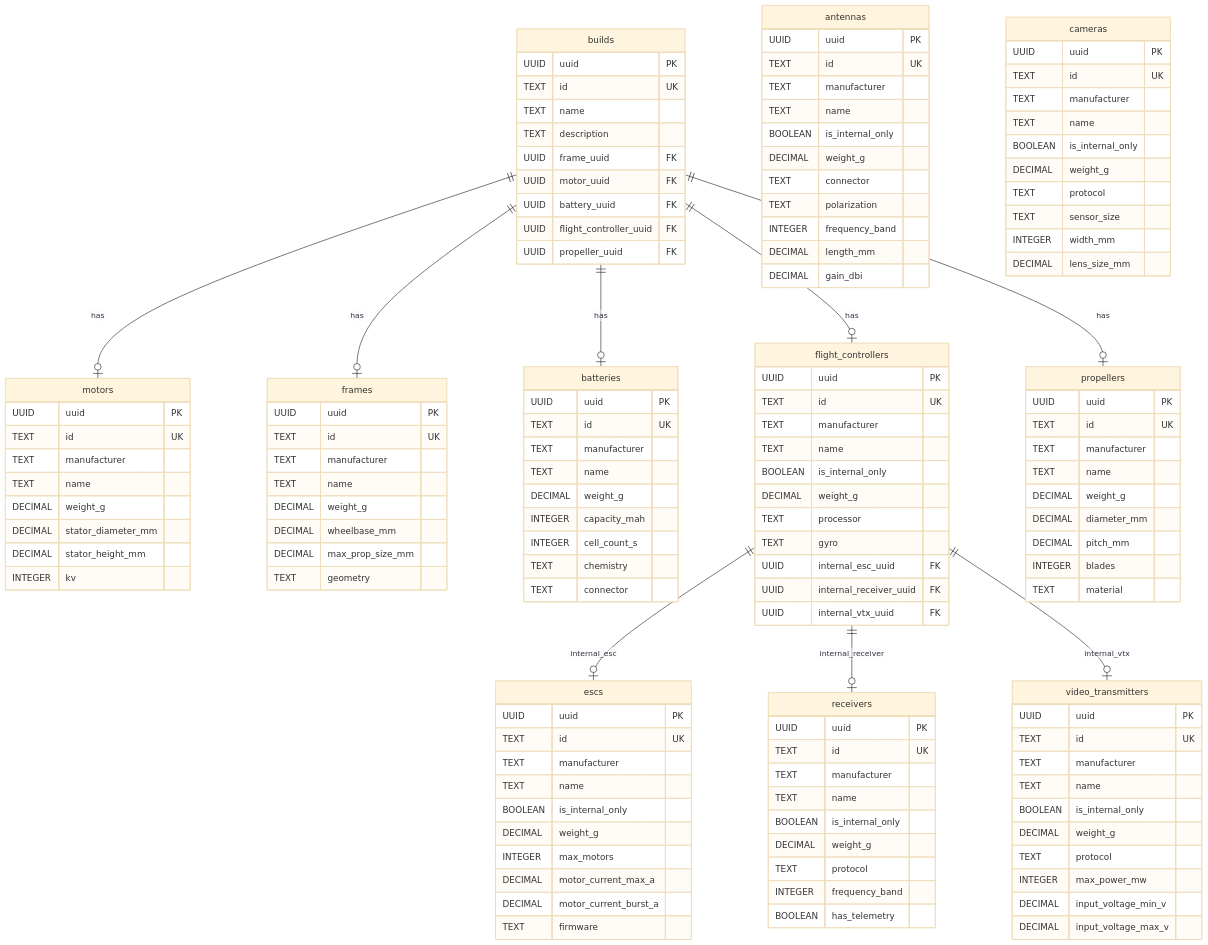
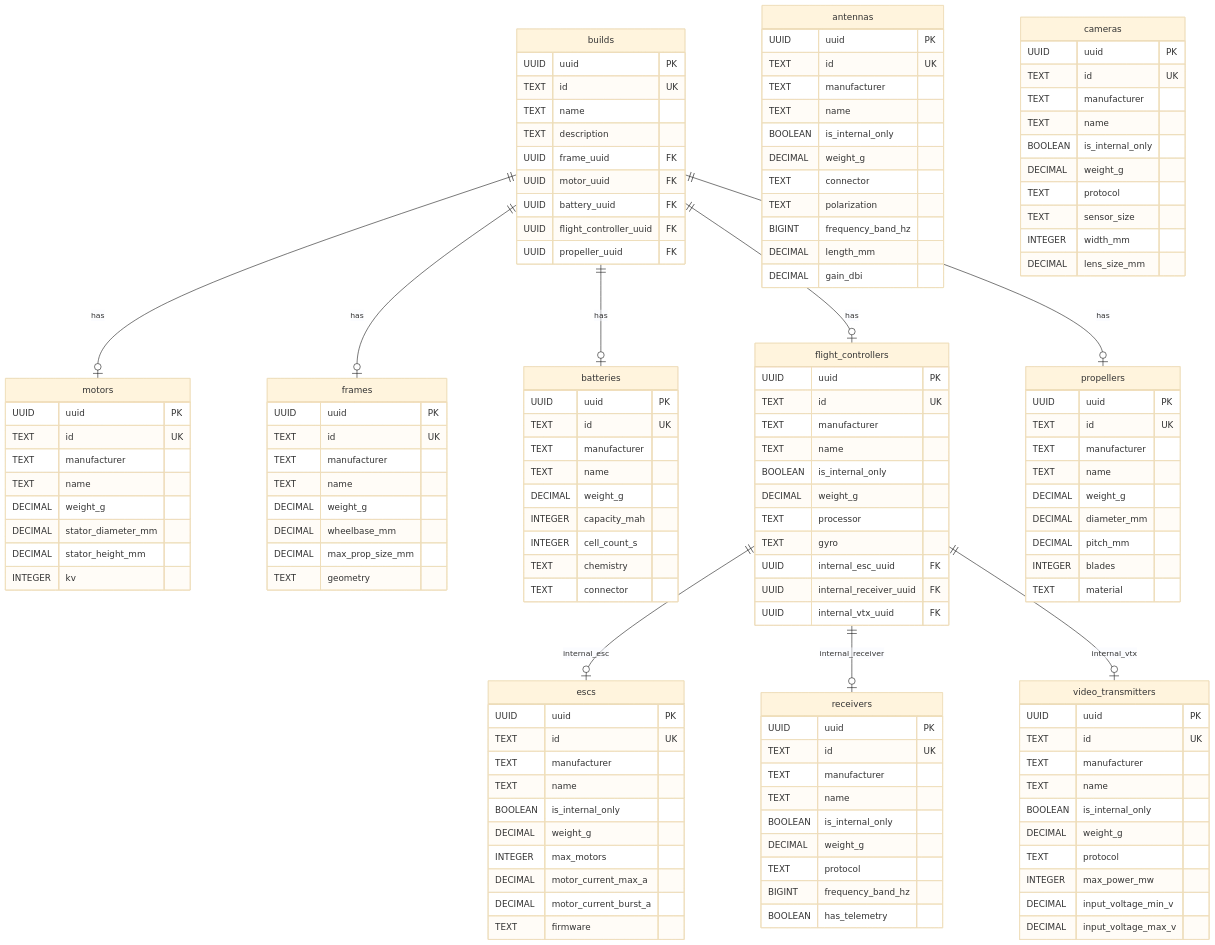
The diagram in backend/db/diagram.mermaid (rohitramu/quadsmith), drawn with Mermaid (base theme) before and after one commit. The commit also changed 12 other files, not shown here.

Commit message:
Revert frequency_band to uint64 frequency_band_hz (BIGINT)

```diff
--- a/backend/db/diagram.mermaid
+++ b/backend/db/diagram.mermaid
@@ -1,147 +1,147 @@
 erDiagram
     builds {
         UUID uuid PK
         TEXT id UK
         TEXT name
         TEXT description
         UUID frame_uuid FK
         UUID motor_uuid FK
         UUID battery_uuid FK
         UUID flight_controller_uuid FK
         UUID propeller_uuid FK
     }
 
     motors {
         UUID uuid PK
         TEXT id UK
         TEXT manufacturer
         TEXT name
         DECIMAL weight_g
         DECIMAL stator_diameter_mm
         DECIMAL stator_height_mm
         INTEGER kv
     }
 
     frames {
         UUID uuid PK
         TEXT id UK
         TEXT manufacturer
         TEXT name
         DECIMAL weight_g
         DECIMAL wheelbase_mm
         DECIMAL max_prop_size_mm
         TEXT geometry
     }
 
     batteries {
         UUID uuid PK
         TEXT id UK
         TEXT manufacturer
         TEXT name
         DECIMAL weight_g
         INTEGER capacity_mah
         INTEGER cell_count_s
         TEXT chemistry
         TEXT connector
     }
 
     flight_controllers {
         UUID uuid PK
         TEXT id UK
         TEXT manufacturer
         TEXT name
         BOOLEAN is_internal_only
         DECIMAL weight_g
         TEXT processor
         TEXT gyro
         UUID internal_esc_uuid FK
         UUID internal_receiver_uuid FK
         UUID internal_vtx_uuid FK
     }
 
     escs {
         UUID uuid PK
         TEXT id UK
         TEXT manufacturer
         TEXT name
         BOOLEAN is_internal_only
         DECIMAL weight_g
         INTEGER max_motors
         DECIMAL motor_current_max_a
         DECIMAL motor_current_burst_a
         TEXT firmware
     }
 
     receivers {
         UUID uuid PK
         TEXT id UK
         TEXT manufacturer
         TEXT name
         BOOLEAN is_internal_only
         DECIMAL weight_g
         TEXT protocol
-        INTEGER frequency_band
+        BIGINT frequency_band_hz
         BOOLEAN has_telemetry
     }
 
     video_transmitters {
         UUID uuid PK
         TEXT id UK
         TEXT manufacturer
         TEXT name
         BOOLEAN is_internal_only
         DECIMAL weight_g
         TEXT protocol
         INTEGER max_power_mw
         DECIMAL input_voltage_min_v
         DECIMAL input_voltage_max_v
     }
 
     antennas {
         UUID uuid PK
         TEXT id UK
         TEXT manufacturer
         TEXT name
         BOOLEAN is_internal_only
         DECIMAL weight_g
         TEXT connector
         TEXT polarization
-        INTEGER frequency_band
+        BIGINT frequency_band_hz
         DECIMAL length_mm
         DECIMAL gain_dbi
     }
 
     propellers {
         UUID uuid PK
         TEXT id UK
         TEXT manufacturer
         TEXT name
         DECIMAL weight_g
         DECIMAL diameter_mm
         DECIMAL pitch_mm
         INTEGER blades
         TEXT material
     }
 
     cameras {
         UUID uuid PK
         TEXT id UK
         TEXT manufacturer
         TEXT name
         BOOLEAN is_internal_only
         DECIMAL weight_g
         TEXT protocol
         TEXT sensor_size
         INTEGER width_mm
         DECIMAL lens_size_mm
     }
 
     builds ||--o| frames : has
     builds ||--o| motors : has
     builds ||--o| batteries : has
     builds ||--o| flight_controllers : has
     builds ||--o| propellers : has
 
     flight_controllers ||--o| escs : internal_esc
     flight_controllers ||--o| receivers : internal_receiver
     flight_controllers ||--o| video_transmitters : internal_vtx
```
